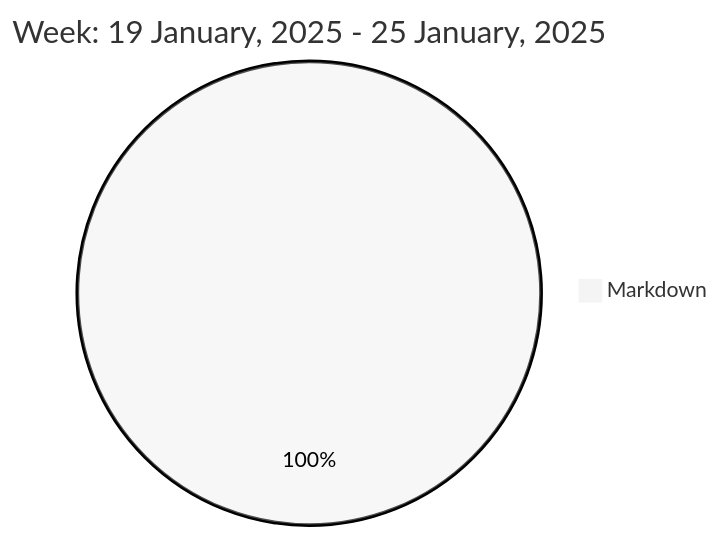
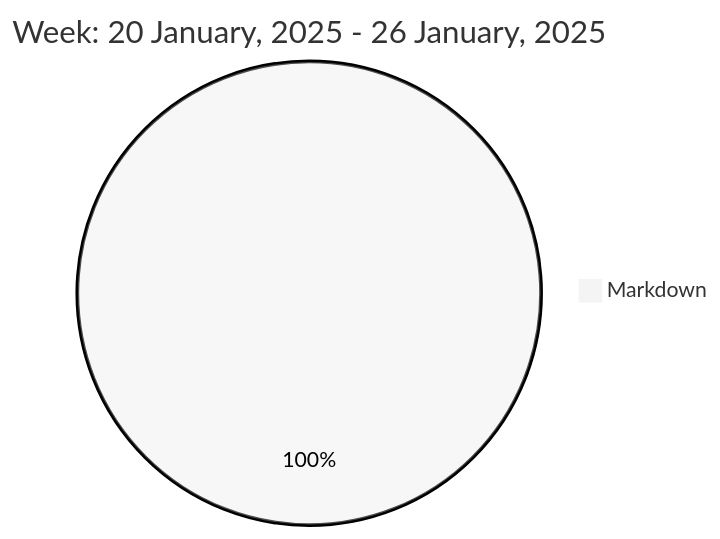
Before and after one commit to liubin95/liubin95: the diagram in README.md, drawn with Mermaid (neutral theme).

Commit message:
Updated the Graph with new Metrics

````diff
--- a/README.md
+++ b/README.md
@@ -37,5 +37,5 @@
 ```mermaid
  pie
-title Week: 19 January, 2025 - 25 January, 2025
+title Week: 20 January, 2025 - 26 January, 2025
  "Markdown" : 3.25
 ```
````
